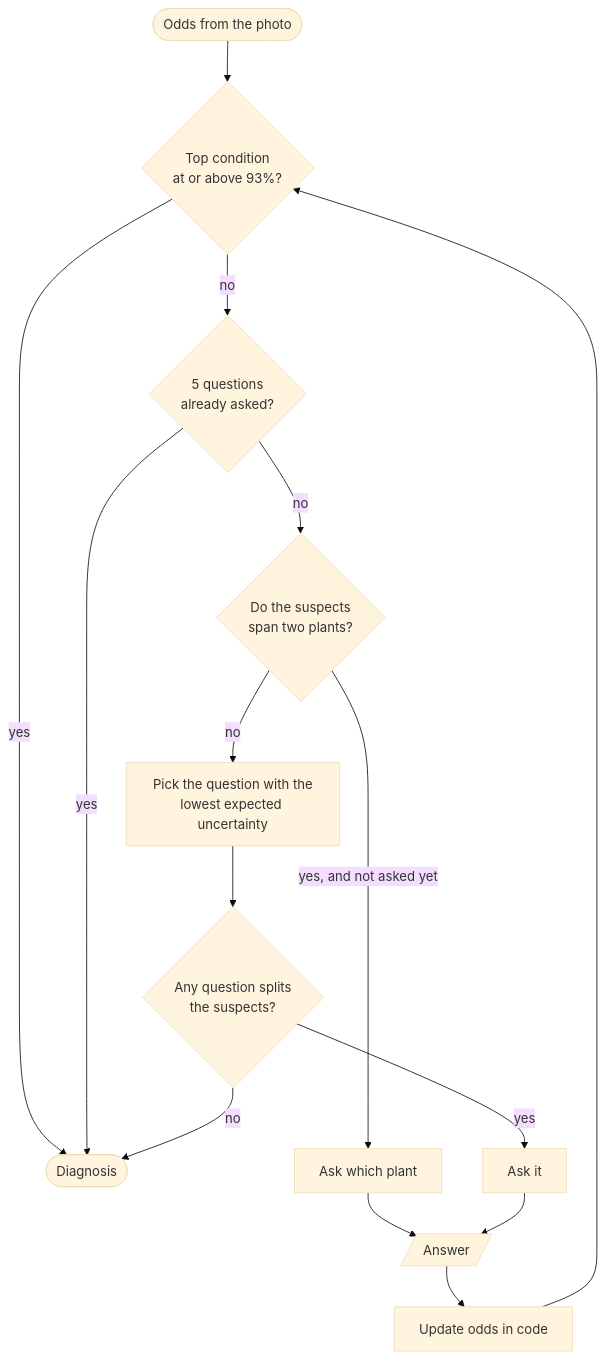
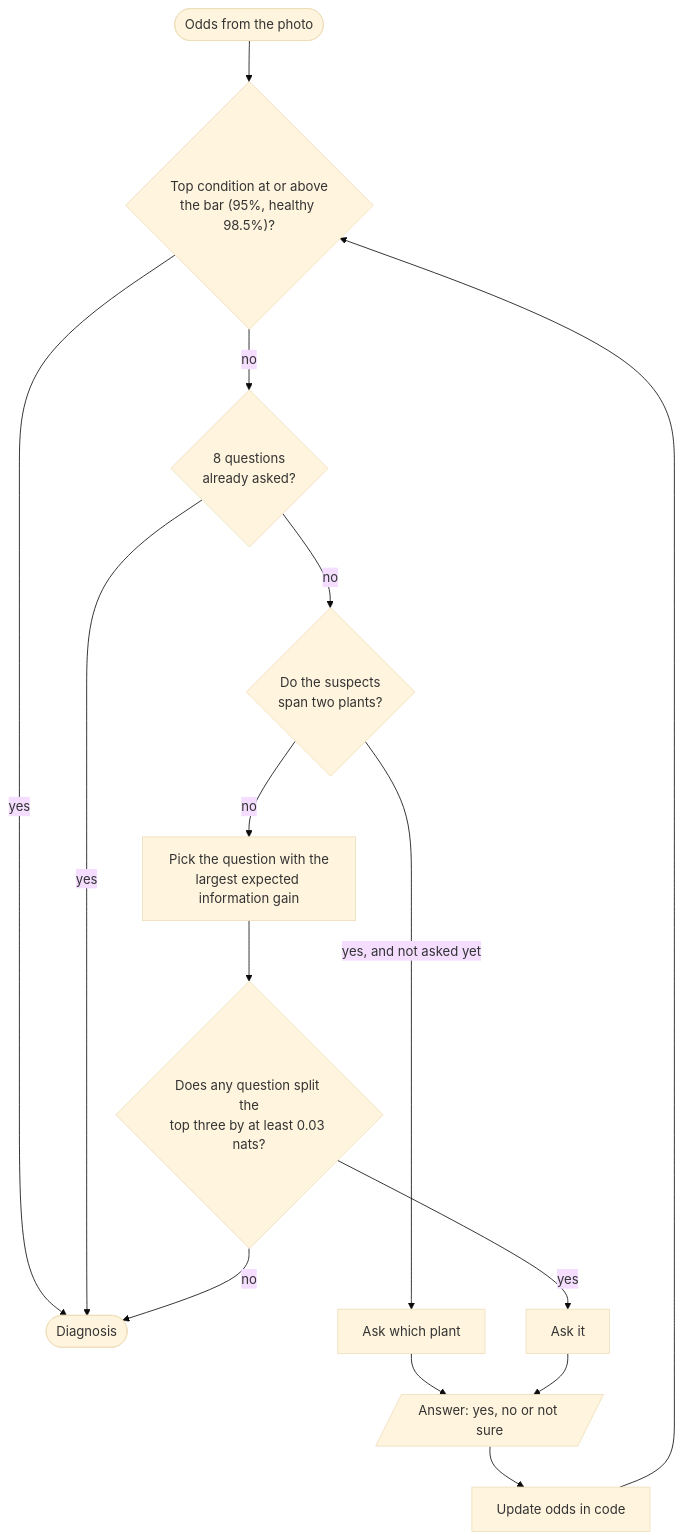
One commit to aakashksen/sprout changed the first of 3 diagrams in docs/architecture/question-engine.md. Above: the diagram before and after it, drawn with Mermaid (base theme). The commit also changed other lines of this file and 10 other files, not shown here.

Commit message:
Describe the follow-up question engine (E18) in the README, site and architecture pages; fix test count and split wording

````diff
--- a/docs/architecture/question-engine.md
+++ b/docs/architecture/question-engine.md
@@ -11,17 +23,17 @@
 ```mermaid
 flowchart TD
-    START(["Odds from the photo"]) --> TOP{"Top condition<br/>at or above 93%?"}
+    START(["Odds from the photo"]) --> TOP{"Top condition at or above<br/>the bar (95%, healthy 98.5%)?"}
     TOP -->|yes| FINAL(["Diagnosis"])
-    TOP -->|no| COUNT{"5 questions<br/>already asked?"}
+    TOP -->|no| COUNT{"8 questions<br/>already asked?"}
     COUNT -->|yes| FINAL
     COUNT -->|no| PLANT{"Do the suspects<br/>span two plants?"}
     PLANT -->|"yes, and not asked yet"| PQ["Ask which plant"]
-    PLANT -->|no| PICK["Pick the question with the<br/>lowest expected uncertainty"]
-    PICK --> ANY{"Any question splits<br/>the suspects?"}
+    PLANT -->|no| PICK["Pick the question with the<br/>largest expected information gain"]
+    PICK --> ANY{"Does any question split the<br/>top three by at least 0.03 nats?"}
     ANY -->|no| FINAL
     ANY -->|yes| ASK["Ask it"]
-    PQ --> ANS[/"Answer"/]
+    PQ --> ANS[/"Answer: yes, no or not sure"/]
     ASK --> ANS
     ANS --> UPD["Update odds in code"]
     UPD --> TOP
 ```
````
